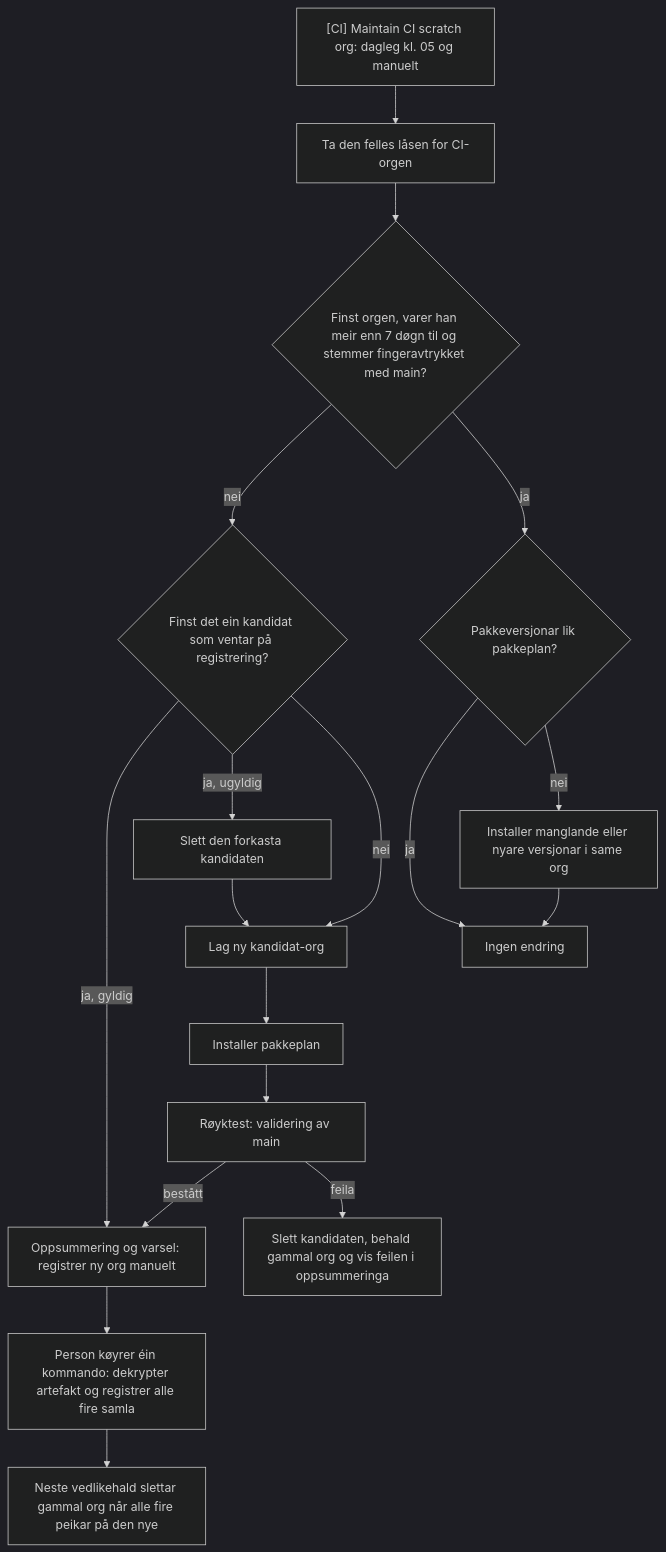
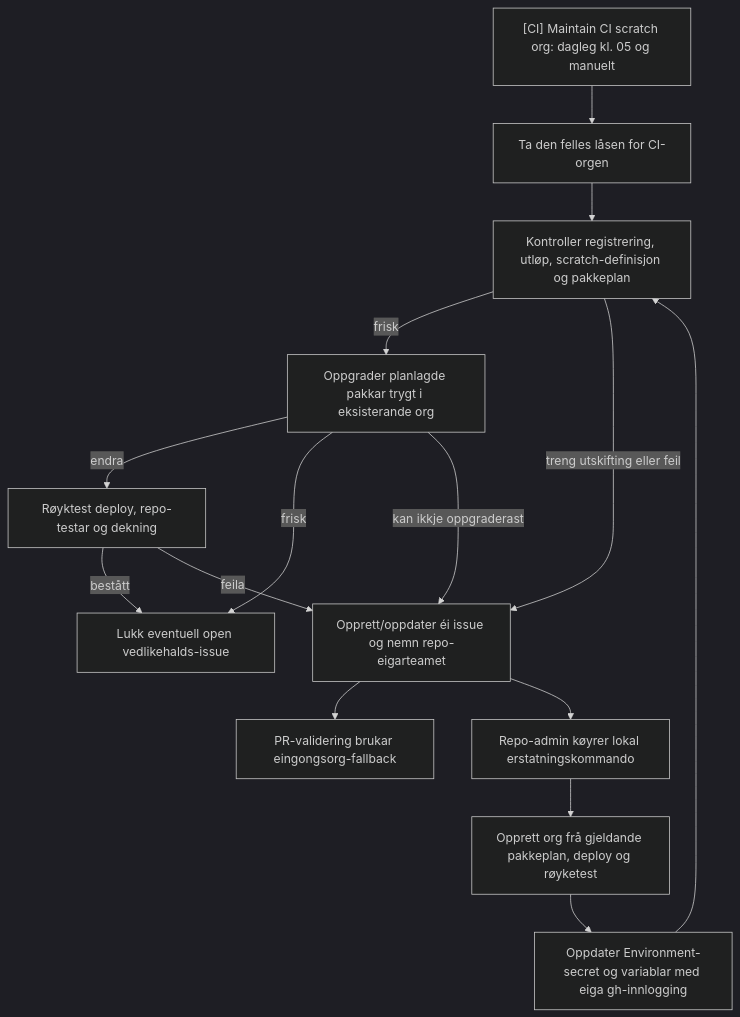
The fourth of 4 diagrams in .github/specs/reusable-scratch-org-pr-validation.md (navikt/crm-arbeidsforhold), drawn with Mermaid (dark theme) before and after one commit. The commit also changed other lines of this file and 11 other files, not shown here.

First line of the commit message:
feat(ci): hand off scratch-org replacement to repo owners

````diff
--- a/.github/specs/reusable-scratch-org-pr-validation.md
+++ b/.github/specs/reusable-scratch-org-pr-validation.md
@@ -130,20 +132,17 @@
 ```mermaid
 flowchart TD
     start["[CI] Maintain CI scratch org: dagleg kl. 05 og manuelt"] --> lock["Ta den felles låsen for CI-orgen"]
-    lock --> fresh{"Finst orgen, varer han meir enn 7 døgn til og stemmer fingeravtrykket med main?"}
-    fresh -->|nei| pending{"Finst det ein kandidat som ventar på registrering?"}
-    pending -->|ja, gyldig| notify
-    pending -->|ja, ugyldig| discard["Slett den forkasta kandidaten"]
-    discard --> create
-    pending -->|nei| create["Lag ny kandidat-org"]
-    create --> install["Installer pakkeplan"]
-    install --> smoke["Røyktest: validering av main"]
-    smoke -->|bestått| notify["Oppsummering og varsel: registrer ny org manuelt"]
-    notify --> secret["Person køyrer éin kommando: dekrypter artefakt og registrer alle fire samla"]
-    secret --> remove["Neste vedlikehald slettar gammal org når alle fire peikar på den nye"]
-    smoke -->|feila| keep["Slett kandidaten, behald gammal org og vis feilen i oppsummeringa"]
-    fresh -->|ja| plan{"Pakkeversjonar lik pakkeplan?"}
-    plan -->|ja| unchanged["Ingen endring"]
-    plan -->|nei| upgrade["Installer manglande eller nyare versjonar i same org"]
-    upgrade --> unchanged
+    lock --> inspect["Kontroller registrering, utløp, scratch-definisjon og pakkeplan"]
+    inspect -->|frisk| upgrade["Oppgrader planlagde pakkar trygt i eksisterande org"]
+    upgrade -->|endra| smoke["Røyktest deploy, repo-testar og dekning"]
+    upgrade -->|frisk| close["Lukk eventuell open vedlikehalds-issue"]
+    smoke -->|bestått| close
+    inspect -->|treng utskifting eller feil| issue["Opprett/oppdater éi issue og nemn repo-eigarteamet"]
+    upgrade -->|kan ikkje oppgraderast| issue
+    smoke -->|feila| issue
+    issue --> fallback["PR-validering brukar eingongsorg-fallback"]
+    issue --> owner["Repo-admin køyrer lokal erstatningskommando"]
+    owner --> create["Opprett org frå gjeldande pakkeplan, deploy og røyketest"]
+    create --> register["Oppdater Environment-secret og variablar med eiga gh-innlogging"]
+    register --> inspect
 ```
````
